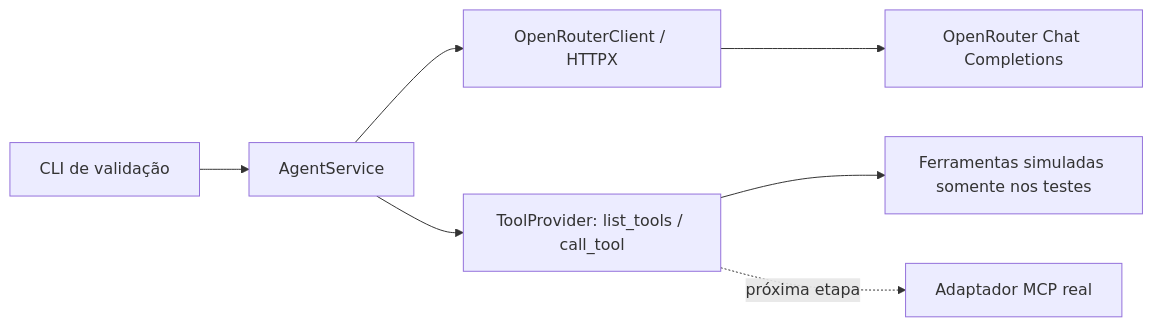
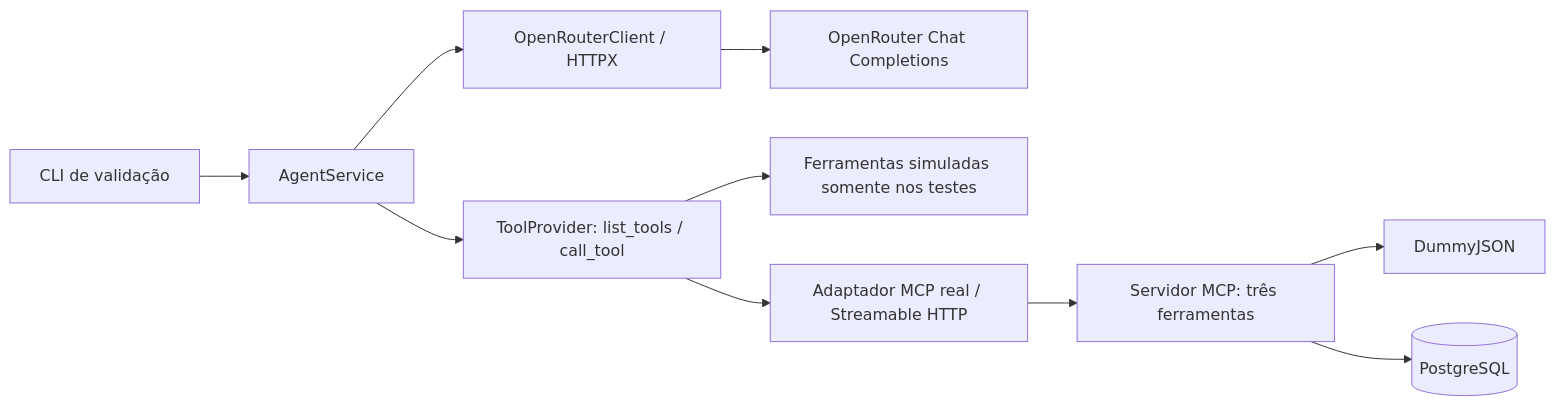
One commit to TrueAmanda/purchase-agent-mcp changed the first of 2 diagrams in README.md. Above: the diagram before and after it, drawn with Mermaid. The commit also changed other lines of this file and 27 other files, not shown here.

Commit message:
feat: integrate agent with MCP tools

````diff
--- a/README.md
+++ b/README.md
@@ -188,9 +258,12 @@
 ```mermaid
 flowchart LR
     CLI[CLI de validação] --> Agent[AgentService]
     Agent --> Client[OpenRouterClient / HTTPX]
     Client --> LLM[OpenRouter Chat Completions]
     Agent --> Port[ToolProvider: list_tools / call_tool]
     Port --> Fake[Ferramentas simuladas somente nos testes]
-    Port -. próxima etapa .-> MCP[Adaptador MCP real]
+    Port --> MCP[Adaptador MCP real / Streamable HTTP]
+    MCP --> Tools[Servidor MCP: três ferramentas]
+    Tools --> Catalog[DummyJSON]
+    Tools --> DB[(PostgreSQL)]
 ```
````
